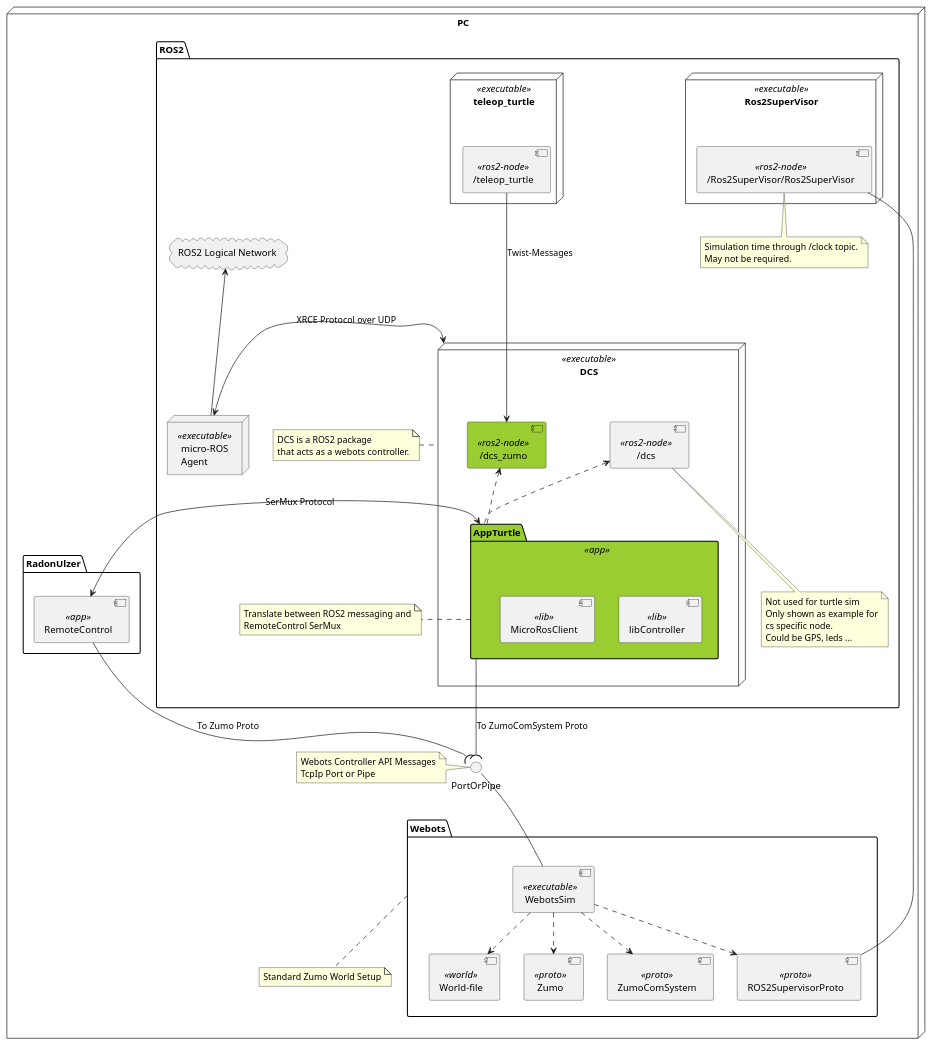
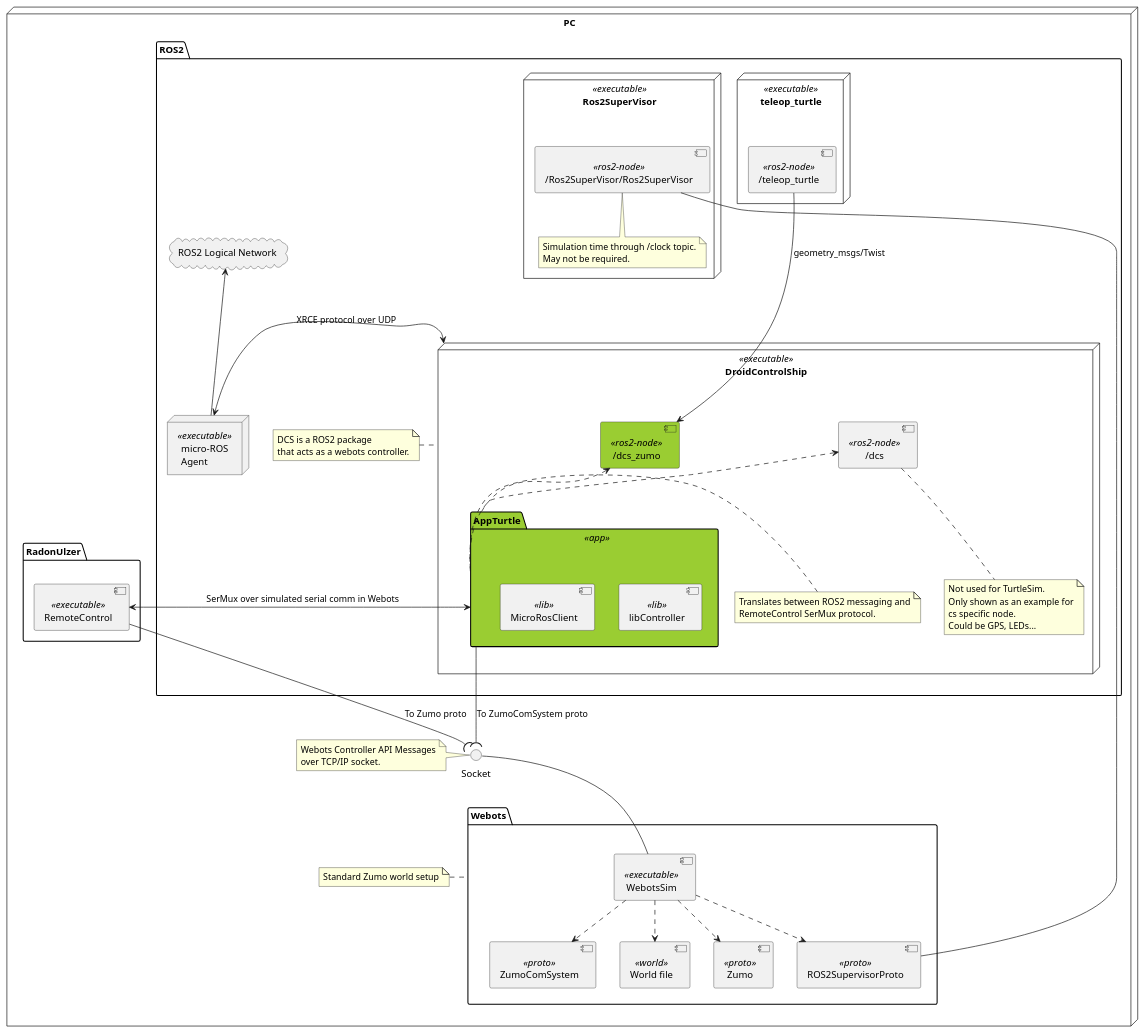
One commit to BlueAndi/DroidControlShip changed the diagram in doc/ROS2/uml/turtle_sim_webots.plantuml. Above: the diagram before and after it, drawn with PlantUML. The commit also changed 1 other file, not shown here.

Commit message:
docs(TurtleSim): improve diagram

```diff
--- a/doc/ROS2/uml/turtle_sim_webots.plantuml
+++ b/doc/ROS2/uml/turtle_sim_webots.plantuml
@@ -1,104 +1,91 @@
 @startuml TurtleSim for DCS
 
-node "PC" as pc {
-  
+node "PC" {
     package "Webots" {
-        component "World-file"  <<world>> as world
-        component "WebotsSim"  <<executable>> as wbsim
-        component "Zumo"  <<proto>> as wbZumo
-        component "ZumoComSystem"  <<proto>> as wbDcs
-        component "ROS2SupervisorProto" <<proto>> as WbRos2Proto
+        component "WebotsSim" <<executable>> as wbsim
+        component "World file" <<world>> as world
+        component "Zumo"  <<proto>> as wbZumoProto
+        component "ZumoComSystem"  <<proto>> as wbDcsProto
+        component "ROS2SupervisorProto" <<proto>> as wbRos2Proto
 
         wbsim ..> world
-        wbsim ..> wbZumo
-        wbsim ..> wbDcs
-        wbsim ..> WbRos2Proto
+        wbsim ..> wbZumoProto
+        wbsim ..> wbDcsProto
+        wbsim ..> wbRos2Proto
     }
-       
-    note bottom of Webots
-                Standard Zumo World Setup
+    note left of Webots
+        Standard Zumo world setup
     end note
 
     package "ROS2" {
         cloud "ROS2 Logical Network" as ros2LogicalNetwork
 
         node "teleop_turtle" <<executable>> as teleopTurtle {
-            component "/teleop_turtle" <<ros2-node>> as teleop_turtle_node
+            component "/teleop_turtle" <<ros2-node>> as teleopTurtleNode
         }
-        node "DCS" <<executable>> as dcs {
-            Package "AppTurtle" <<app>> as turtleApp #YellowGreen {
 
+        node "Ros2SuperVisor" <<executable>> as wbSupervisorApp {
+            component "/Ros2SuperVisor/Ros2SuperVisor" <<ros2-node>> as ros2SupervisorNode
+            note bottom of ros2SupervisorNode
+                Simulation time through /clock topic.
+                May not be required.
+            end note
+        }
+
+        node "DroidControlShip" <<executable>> as dcs {
+            package "AppTurtle" <<app>> as turtleApp #YellowGreen {
                 component "libController" <<lib>>
                 component "MicroRosClient" <<lib>>
+            }
+            note left of turtleApp
+                Translates between ROS2 messaging and
+                RemoteControl SerMux protocol.
+            end note
 
-            }
-            component "/dcs_zumo" <<ros2-node>> as dcs_zumo_node #YellowGreen{
+            component "/dcs" <<ros2-node>> as dcs_node
+            note bottom of dcs_node
+                Not used for TurtleSim.
+                Only shown as an example for
+                cs specific node.
+                Could be GPS, LEDs...
+            end note
 
-            }
-            component "/dcs" <<ros2-node>> as dcs_node  {
-
-            }
+            component "/dcs_zumo" <<ros2-node>> as dcs_zumo_node #YellowGreen
         }
-
-        node "Ros2SuperVisor" <<executable>> as wbSuperVisorApp {
-            component "/Ros2SuperVisor/Ros2SuperVisor" <<ros2-node>> as wb_ros2_supervisor
-        }
-
-        node "micro-ROS\nAgent" <<executable>> as agent {
-
-        }
-
-        turtleApp .u.> dcs_node
-        turtleApp .u.> dcs_zumo_node
-
-        teleop_turtle_node ---> dcs_zumo_node : Twist-Messages
-
-        agent -u-> ros2LogicalNetwork
-        dcs <-> agent : \n\nXRCE Protocol over UDP
-
-        note bottom of dcs_node
-            Not used for turtle sim
-            Only shown as example for
-            cs specific node.
-            Could be GPS, leds ...
-        end note
-
-        note right of turtleApp
-            Translate between ROS2 messaging and
-            RemoteControl SerMux
-        end note
-
         note left of dcs
             DCS is a ROS2 package
             that acts as a webots controller.
         end note
 
-        note bottom of wb_ros2_supervisor
-            Simulation time through /clock topic.
-            May not be required.
-        end note
+        node "micro-ROS\nAgent" <<executable>> as agent
+
+        turtleApp .u.> dcs_node
+        turtleApp .u.> dcs_zumo_node
+
+        teleopTurtleNode ---> dcs_zumo_node : geometry_msgs/Twist
+
+        agent -u-> ros2LogicalNetwork
+        dcs <-> agent : \n\nXRCE protocol over UDP
     }
 
     Package "RadonUlzer" {
-        component "RemoteControl" <<app>> as RuRcApp {
-
-        }
+        component "RemoteControl" <<executable>> as radonUlzerRc
     }
 
-    interface PortOrPipe 
-    note left of PortOrPipe
+    interface Socket
+    note left of Socket
         Webots Controller API Messages
-        TcpIp Port or Pipe
+        over TCP/IP socket.
     end note
 
     cloud "ROS2 Logical Network" as ros2LogicalNetwork
 
-    wbsim -u-() PortOrPipe
-    turtleApp --( PortOrPipe : To ZumoComSystem Proto
+    wbsim -u-() Socket
+    turtleApp --( Socket : To ZumoComSystem proto
+    radonUlzerRc --( Socket : To Zumo proto
 
-    turtleApp <-> RuRcApp : SerMux Protocol
-    RuRcApp --( PortOrPipe : To Zumo Proto
+    turtleApp <-> radonUlzerRc : SerMux over simulated serial comm in Webots
 
-    WbRos2Proto ---- wb_ros2_supervisor
+    wbRos2Proto ---- ros2SupervisorNode
 
 @enduml
```
